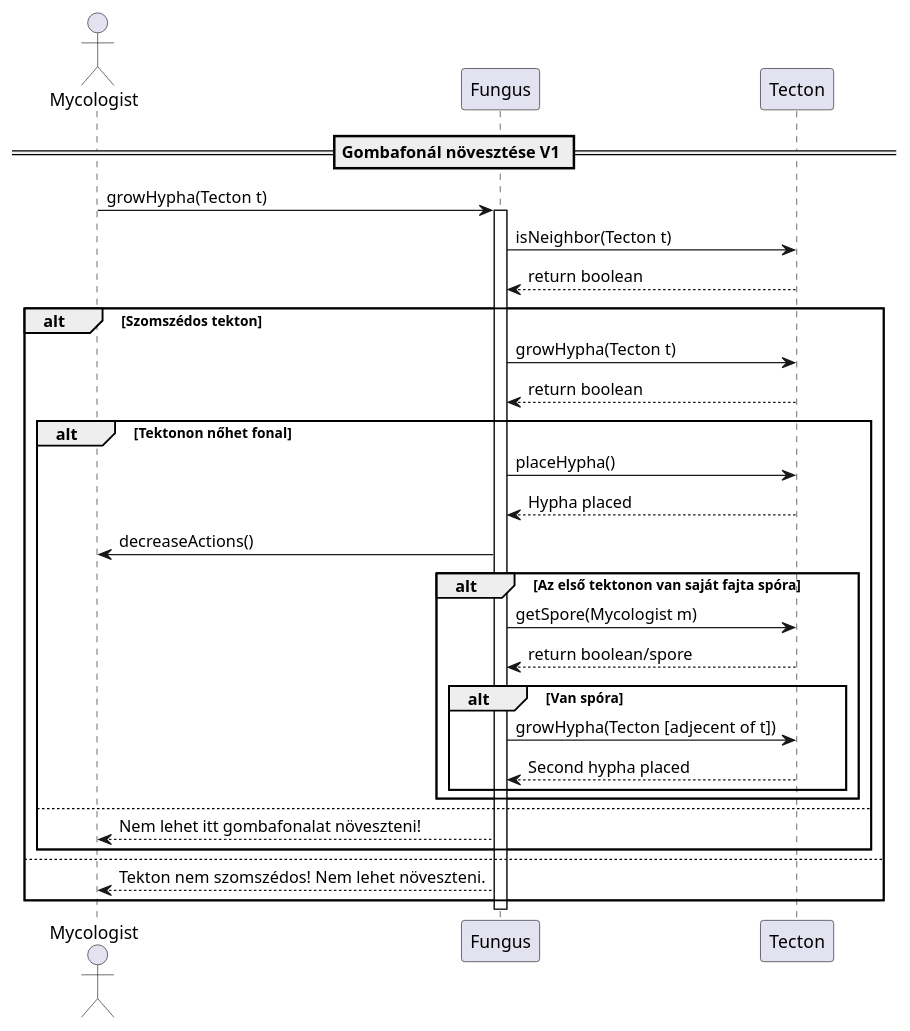
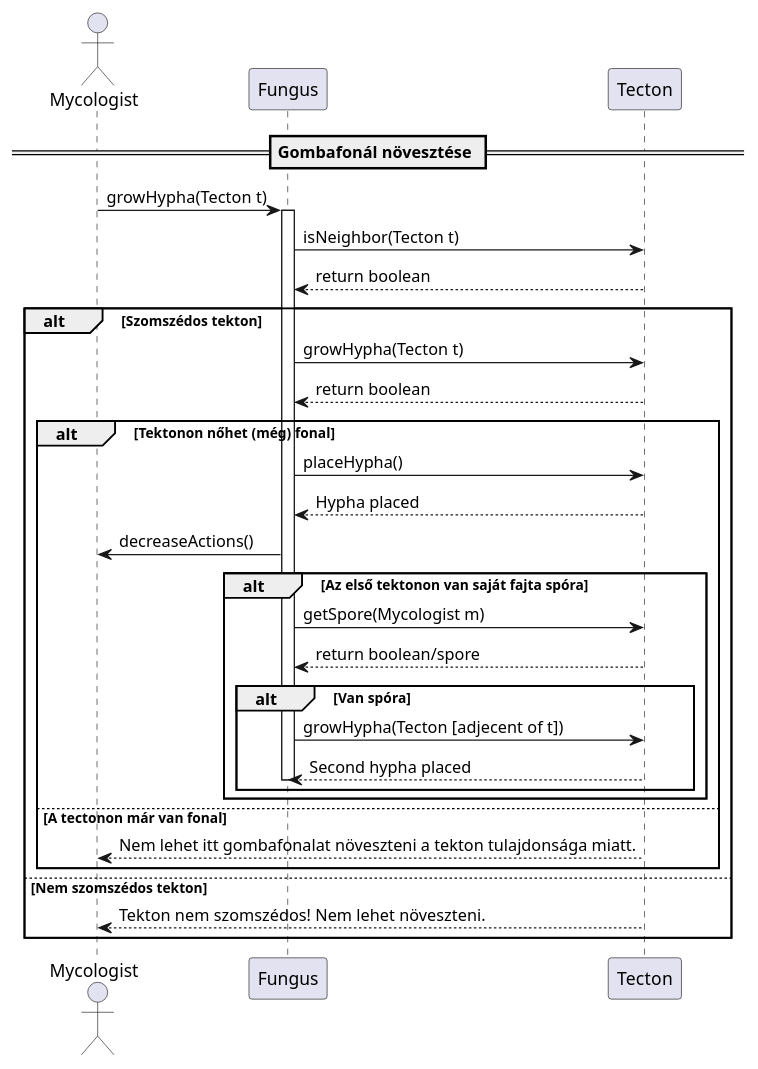
The diagram in UML/TestSequence/3-grow-hypha.puml (hujberhunor/SzomiSztegoProjlab), drawn with PlantUML before and after one commit. The commit also changed 6 other files, not shown here.

```diff
--- a/UML/TestSequence/3-grow-hypha.puml
+++ b/UML/TestSequence/3-grow-hypha.puml
@@ -1,44 +1,44 @@
 @startuml
 
-== Gombafonál növesztése V1 ==
+== Gombafonál növesztése ==
 
 actor Mycologist
 participant Fungus
 participant Tecton
 
 Mycologist -> Fungus: growHypha(Tecton t)
 activate Fungus
 
 Fungus -> Tecton: isNeighbor(Tecton t)
 Tecton --> Fungus: return boolean
 
 alt Szomszédos tekton
     ' Tud-e fonalat növeszteni. Show dont tell
     Fungus -> Tecton: growHypha(Tecton t)
     Tecton --> Fungus: return boolean
     
-    alt Tektonon nőhet fonal 
+    alt Tektonon nőhet (még) fonal 
         Fungus -> Tecton: placeHypha()
         Tecton --> Fungus: Hypha placed
         Fungus -> Mycologist: decreaseActions()
         
         alt Az első tektonon van saját fajta spóra
             Fungus -> Tecton: getSpore(Mycologist m)
             Tecton --> Fungus: return boolean/spore
             
             alt Van spóra
                 ' tehát a szomszéd szomszédjéra is növesztheti
                 Fungus -> Tecton: growHypha(Tecton [adjecent of t])
                 Tecton --> Fungus: Second hypha placed
+                deactivate Fungus
             end
         end
-    else
-        Fungus --> Mycologist: Nem lehet itt gombafonalat növeszteni!
+    else A tectonon már van fonal 
+        Tecton --> Mycologist: Nem lehet itt gombafonalat növeszteni a tekton tulajdonsága miatt.
     end
-else
-    Fungus --> Mycologist: Tekton nem szomszédos! Nem lehet növeszteni. 
+else Nem szomszédos tekton
+    Tecton --> Mycologist: Tekton nem szomszédos! Nem lehet növeszteni. 
 end
 
-deactivate Fungus
 
 @enduml
```
